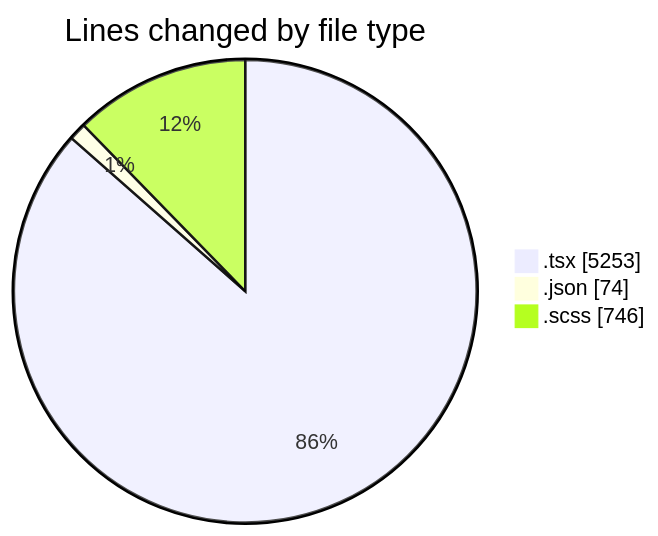
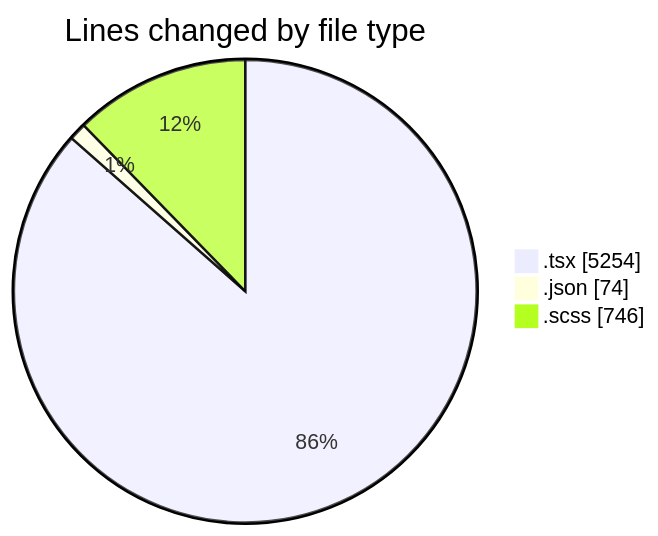
The first of 2 diagrams in 2025-04-08/cda/README.md (momahboobian/code-tracking), drawn with Mermaid before and after one commit. The commit also changed other lines of this file and 1 other file, not shown here.

````diff
--- a/2025-04-08/cda/README.md
+++ b/2025-04-08/cda/README.md
@@ -36,7 +36,7 @@
 ```mermaid
 pie showData
 title Lines changed by file type
-".tsx" : 5253
+".tsx" : 5254
 ".json" : 74
 ".scss" : 746
 ```
````
